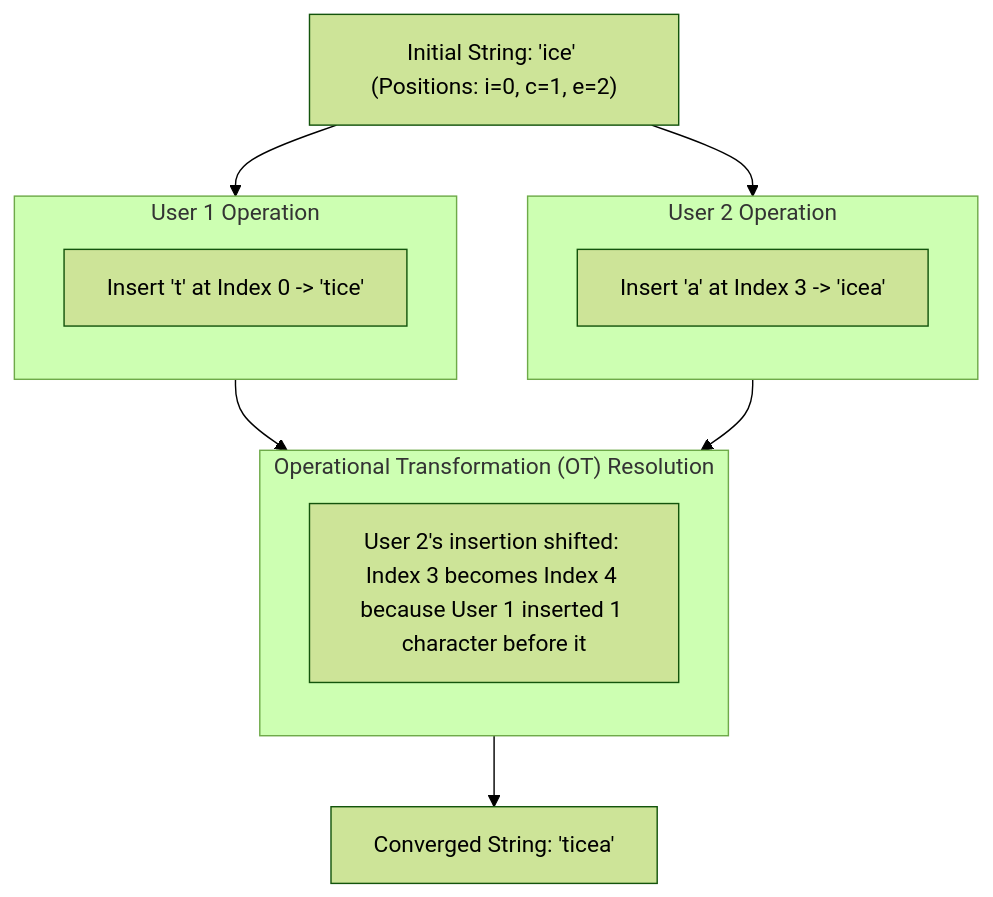
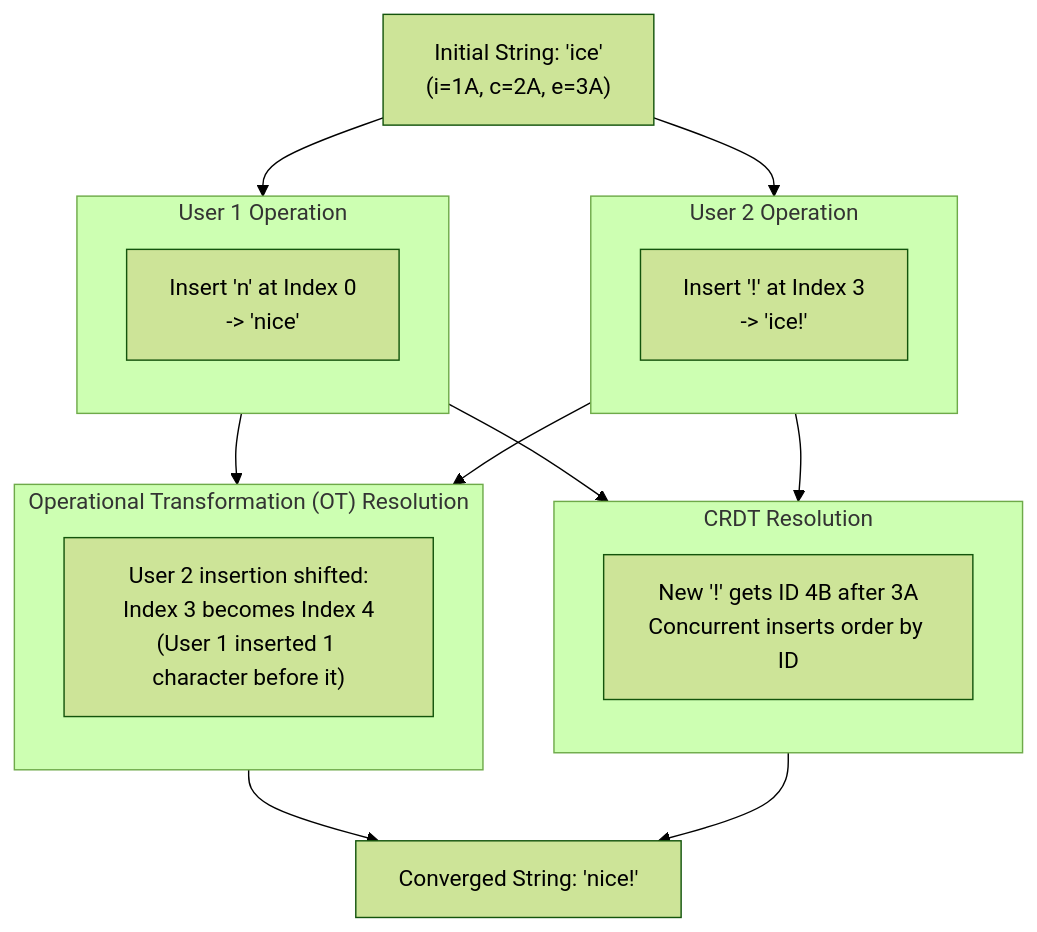
One commit to 1mimhe/books-summery changed diagram 11 of 16 in 01 Designing Data-Intensive Applications/chapter-06-replication.md. Above: the diagram before and after it, drawn with Mermaid (forest theme). The commit also changed other lines of this file and 1 other file, not shown here.

````diff
--- a/01 Designing Data-Intensive Applications/chapter-06-replication.md
+++ b/01 Designing Data-Intensive Applications/chapter-06-replication.md
@@ -522,26 +481,34 @@
 ```mermaid
 flowchart TD
-  BASE["Initial String: 'ice' (Positions: i=0, c=1, e=2)"]
+  BASE["Initial String: 'ice'<br/>(i=1A, c=2A, e=3A)"]
 
   subgraph USER1["User 1 Operation"]
     direction TB
-    OP1["Insert 't' at Index 0 -> 'tice'"]
+    OP1["Insert 'n' at Index 0<br/>-> 'nice'"]
   end
 
   subgraph USER2["User 2 Operation"]
     direction TB
-    OP2["Insert 'a' at Index 3 -> 'icea'"]
+    OP2["Insert '!' at Index 3<br/>-> 'ice!'"]
   end
 
   BASE --> USER1
   BASE --> USER2
 
   subgraph OT_ENGINE["Operational Transformation (OT) Resolution"]
     direction TB
-    OT_RULE["User 2's insertion shifted: Index 3 becomes Index 4 because User 1 inserted 1 character before it"]
+    OT_RULE["User 2 insertion shifted:<br/>Index 3 becomes Index 4<br/>(User 1 inserted 1 character before it)"]
+  end
+
+  subgraph CRDT_ENGINE["CRDT Resolution"]
+    direction TB
+    CRDT_RULE["New '!' gets ID 4B after 3A<br/>Concurrent inserts order by ID"]
   end
 
   USER1 --> OT_ENGINE
   USER2 --> OT_ENGINE
-  OT_ENGINE --> FINAL["Converged String: 'ticea'"]
+  USER1 --> CRDT_ENGINE
+  USER2 --> CRDT_ENGINE
+  OT_ENGINE --> FINAL["Converged String: 'nice!'"]
+  CRDT_ENGINE --> FINAL
 ```
````
